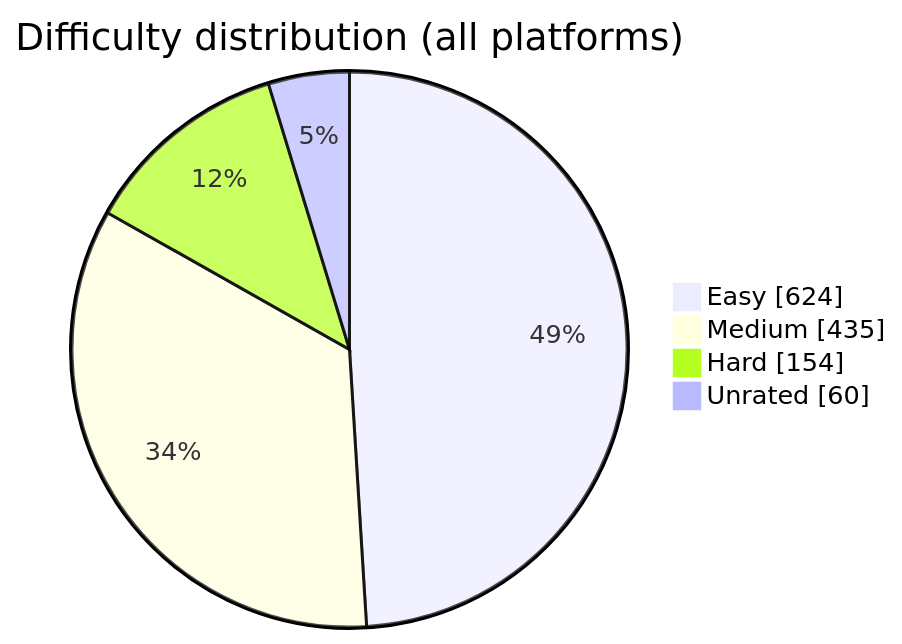
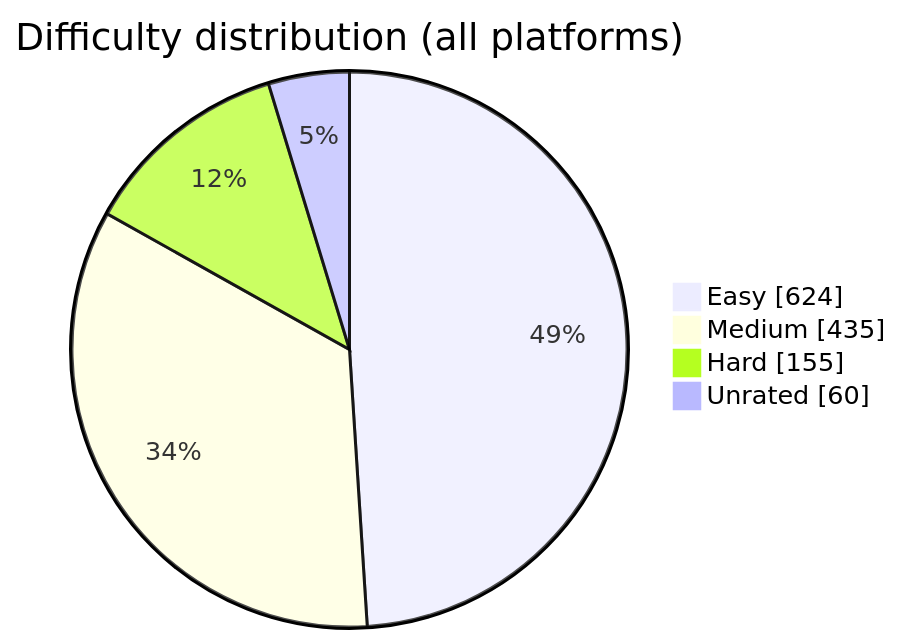
The diagram in README.md (BuildbyArindam/Daily-Coding-Log), drawn with Mermaid before and after one commit. The commit also changed other lines of this file, not shown here.

````diff
--- a/README.md
+++ b/README.md
@@ -93,7 +93,7 @@
 ```mermaid
 pie showData title Difficulty distribution (all platforms)
     "Easy" : 624
     "Medium" : 435
-    "Hard" : 154
+    "Hard" : 155
     "Unrated" : 60
 ```
````
